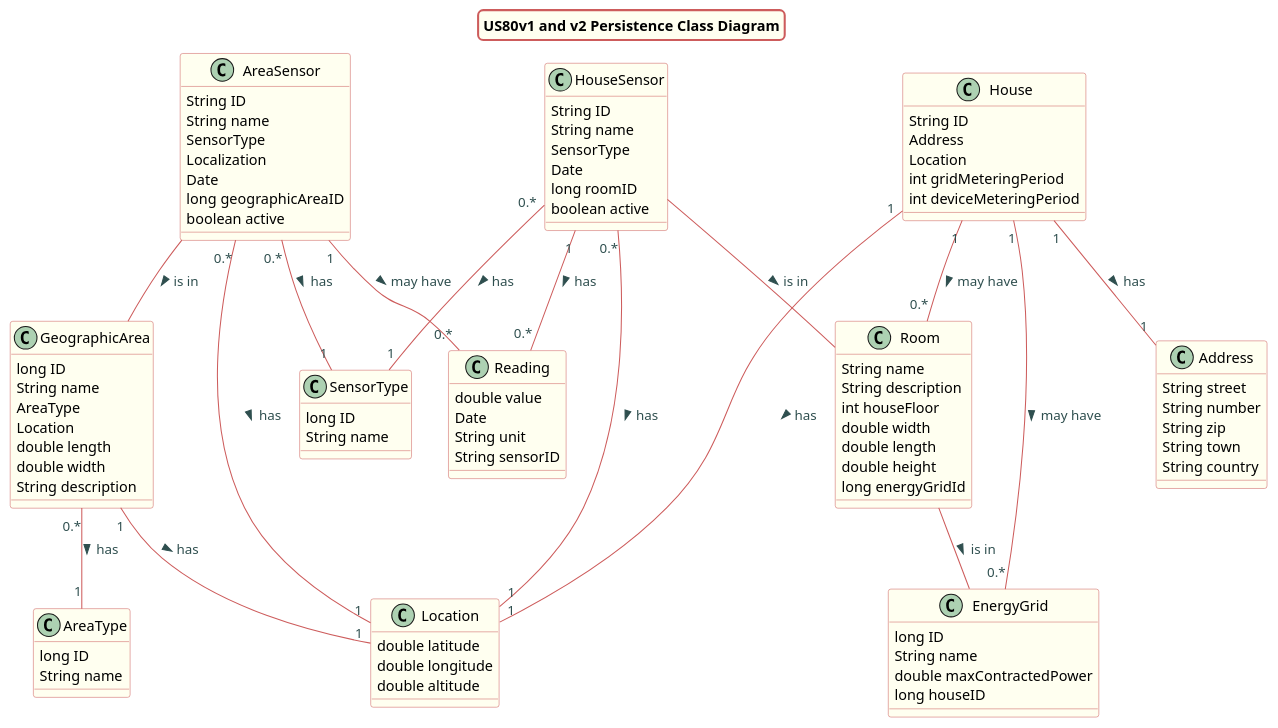
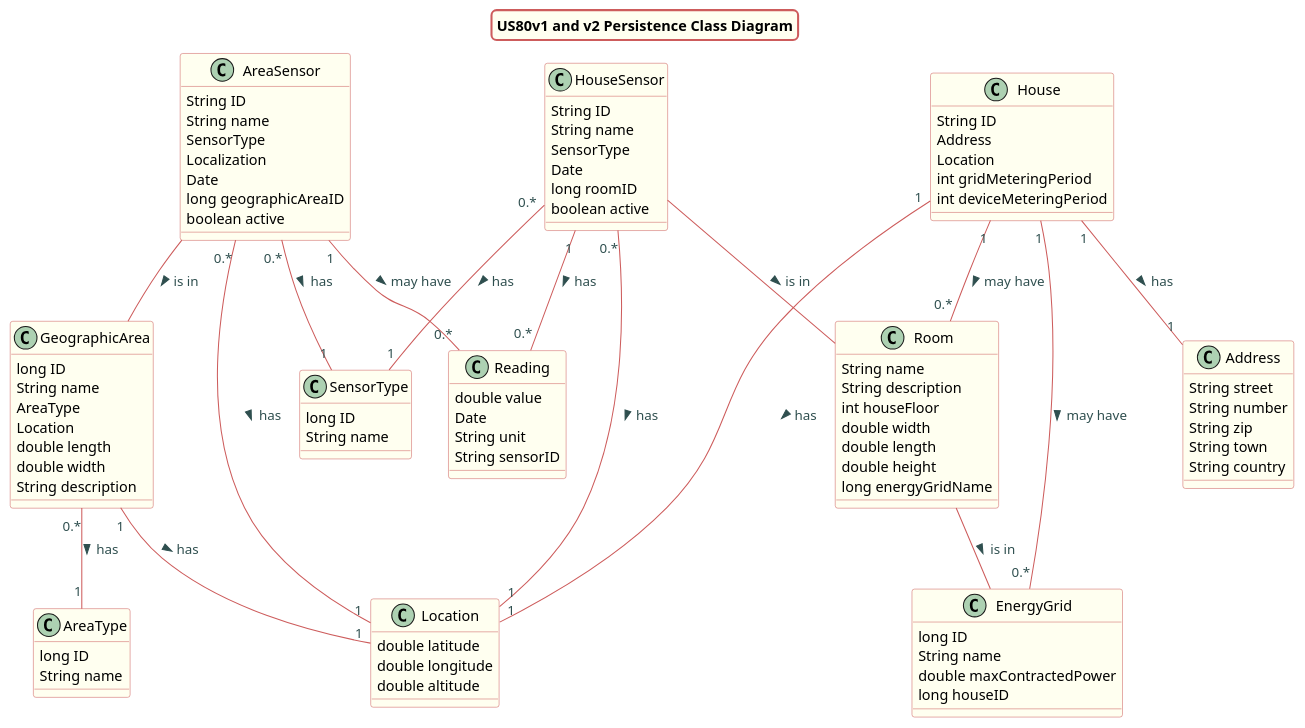
One commit to Almadanmp/project changed the diagram in src/doc/Controllers/OtherUS/US80v2/US80v1andv2_cd_OtherUs.puml. Above: the diagram before and after it, drawn with PlantUML. The commit also changed 5 other files, not shown here.

```diff
--- a/src/doc/Controllers/OtherUS/US80v2/US80v1andv2_cd_OtherUs.puml
+++ b/src/doc/Controllers/OtherUS/US80v2/US80v1andv2_cd_OtherUs.puml
@@ -1,131 +1,131 @@
 @startuml
 title US80v1 and v2 Persistence Class Diagram
 
 skinparam titleBorderRoundCorner 10
 skinparam titleBorderThickness 2
 skinparam titleBorderColor indianred
 skinparam titleBackgroundColor ivory
 skinparam FontName verdana
 
 skinparam class {
  	BorderColor indianred
  	BackgroundColor indianred
  	BackgroundColor ivory
     roundcorner 10
     ArrowFontName Verdana
     ArrowColor indianred
     ArrowFontColor darkslategrey
  }
 
 GeographicArea"1" -- "1"Location : has >
 GeographicArea"0.*" -- "1"AreaType : has >
 AreaSensor -- GeographicArea : is in >
 AreaSensor"0.*" -- "1"Location : has >
 AreaSensor"0.*" -- "1"SensorType : has >
 AreaSensor"1" -- "0.*"Reading : may have >
 
 House"1" -- "1"Location : has >
 House"1" -- "1"Address : has >
 House"1" -- "0.*"Room : may have >
 House"1" -- "0.*"EnergyGrid : may have >
 Room -- EnergyGrid : is in >
 
 HouseSensor -- Room : is in >
 HouseSensor"0.*" -- "1"Location : has >
 HouseSensor"0.*" -- "1"SensorType : has >
 HouseSensor"1" -- "0.*"Reading : has >
 
 
 
 
 class GeographicArea {
 long ID
 String name
 AreaType
 Location
 double length
 double width
 String description
 }
 
 class Location{
 double latitude
 double longitude
 double altitude
 }
 
 class AreaType {
 long ID
 String name
 }
 
 class AreaSensor {
 String ID
 String name
 SensorType
 Localization
 Date
 long geographicAreaID
 boolean active
 }
 
 class SensorType {
 long ID
 String name
 }
 
 class HouseSensor {
 String ID
 String name
 SensorType
 Date
 long roomID
 boolean active
 }
 
 class Reading {
 double value
 Date
 String unit
 String sensorID
 }
 
 class House {
 String ID
 Address
 Location
 int gridMeteringPeriod
 int deviceMeteringPeriod
 }
 
 class Address {
 String street
 String number
 String zip
 String town
 String country
 }
 
 class Room {
 String name
 String description
 int houseFloor
 double width
 double length
 double height
-long energyGridId
+long energyGridName
 }
 
 class EnergyGrid {
 long ID
 String name
 double maxContractedPower
 long houseID
 }
 
 
 
 
 
 
 @enduml
```
